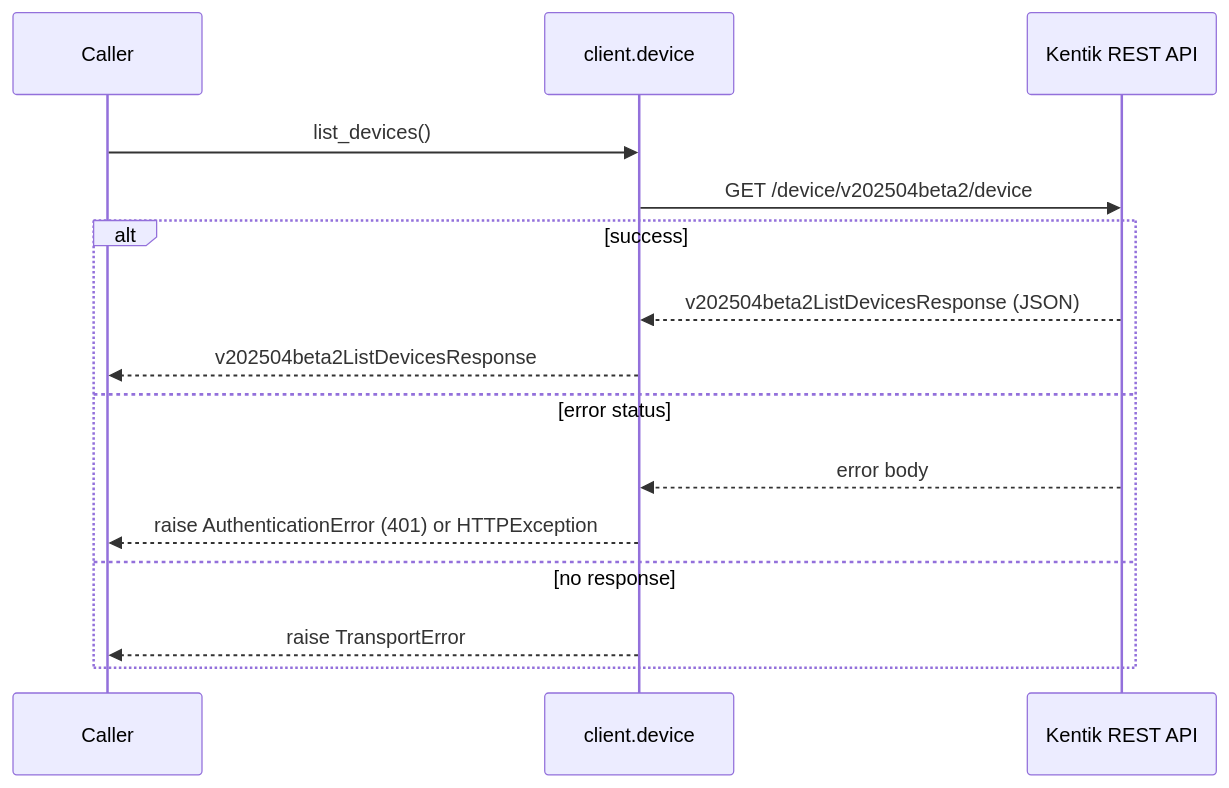
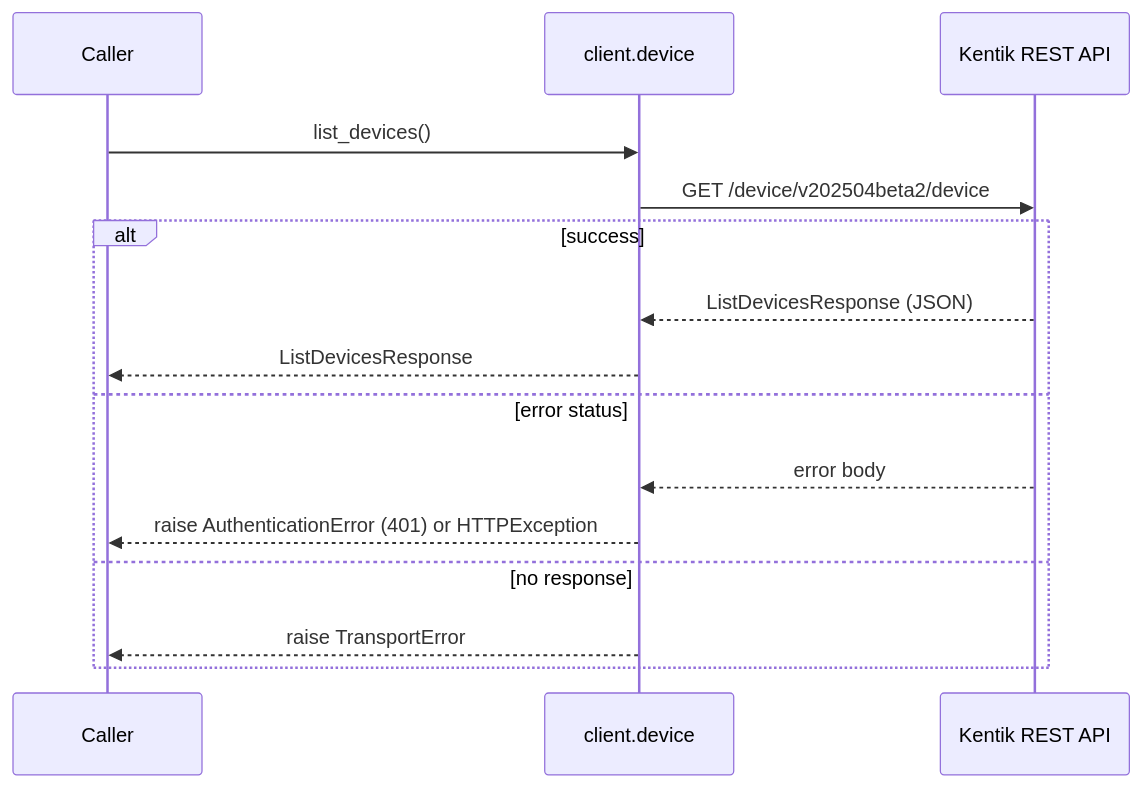
The second of 22 diagrams in docs/sphinx/services/device.md (alexdearaujo/community_sdk_python), drawn with Mermaid before and after one commit. The commit also changed other lines of this file and 38 other files, not shown here.

````diff
--- a/docs/sphinx/services/device.md
+++ b/docs/sphinx/services/device.md
@@ -38,18 +38,18 @@
 ```mermaid
 sequenceDiagram
     participant C as Caller
     participant W as client.device
     participant API as Kentik REST API
 
     C->>W: list_devices()
     W->>API: GET /device/v202504beta2/device
     alt success
-        API-->>W: v202504beta2ListDevicesResponse (JSON)
-        W-->>C: v202504beta2ListDevicesResponse
+        API-->>W: ListDevicesResponse (JSON)
+        W-->>C: ListDevicesResponse
     else error status
         API-->>W: error body
         W-->>C: raise AuthenticationError (401) or HTTPException
     else no response
         W-->>C: raise TransportError
     end
 ```
````
